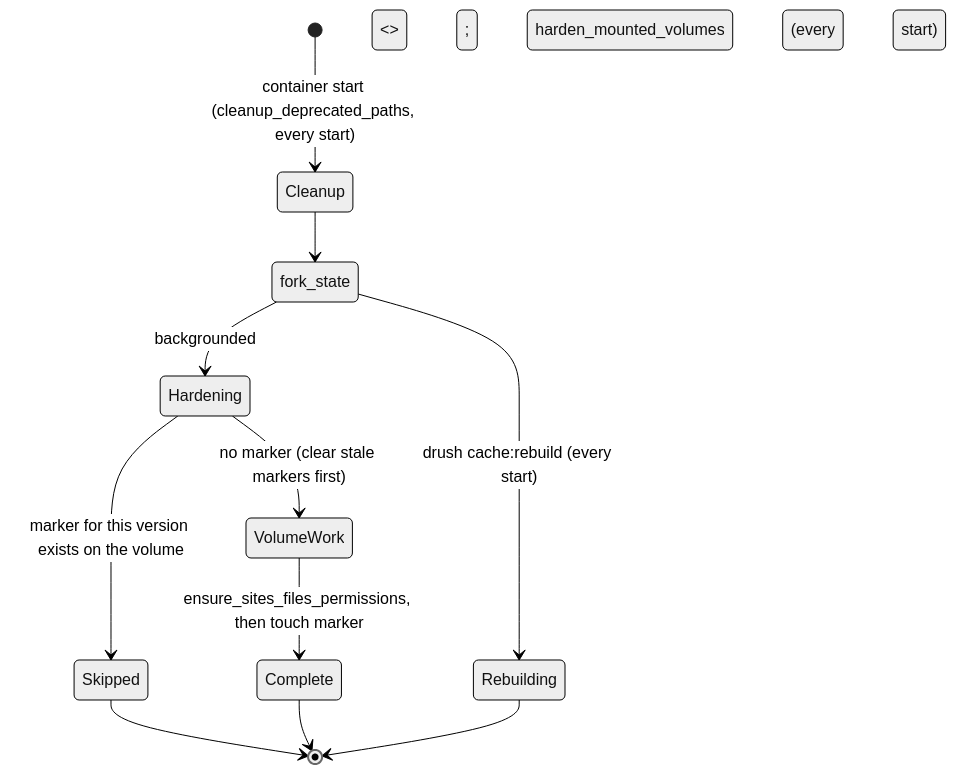
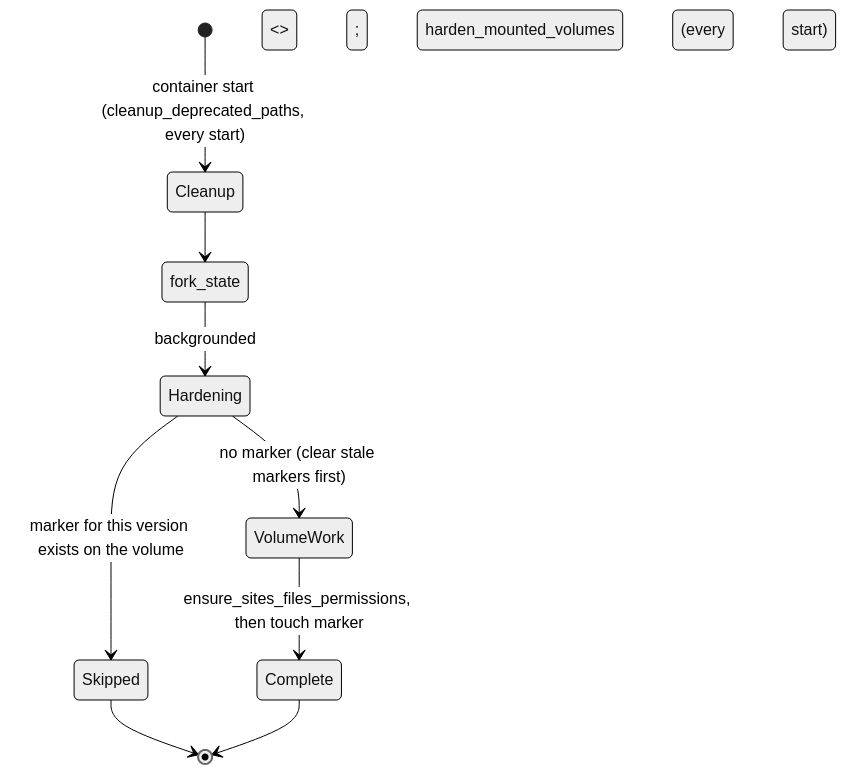
The eighth of 9 diagrams in docs/architecture.md (scbd/drupal-docker-wrapper), drawn with Mermaid (neutral theme) before and after one commit. The commit also changed other lines of this file and 12 other files, not shown here.

````diff
--- a/docs/architecture.md
+++ b/docs/architecture.md
@@ -262,13 +260,11 @@
 ```mermaid
 stateDiagram-v2
   [*] --> Cleanup: container start (cleanup_deprecated_paths, every start)
   Cleanup --> fork_state <<fork>>
   fork_state --> Hardening: backgrounded; harden_mounted_volumes (every start)
-  fork_state --> Rebuilding: drush cache:rebuild (every start)
   Hardening --> Skipped: marker for this version exists on the volume
   Hardening --> VolumeWork: no marker (clear stale markers first)
   VolumeWork --> Complete: ensure_sites_files_permissions, then touch marker
   Skipped --> [*]
   Complete --> [*]
-  Rebuilding --> [*]
 ```
````
